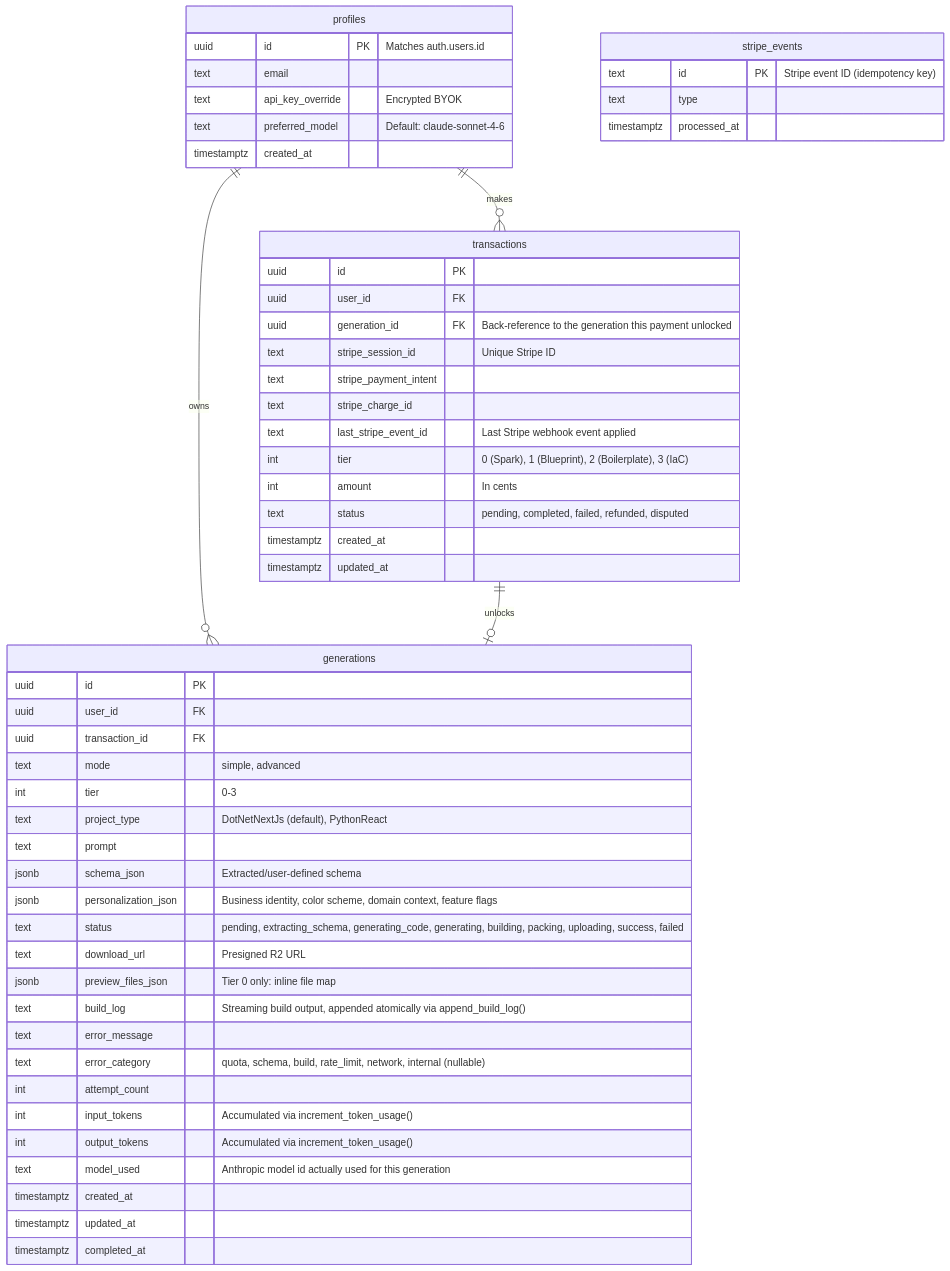
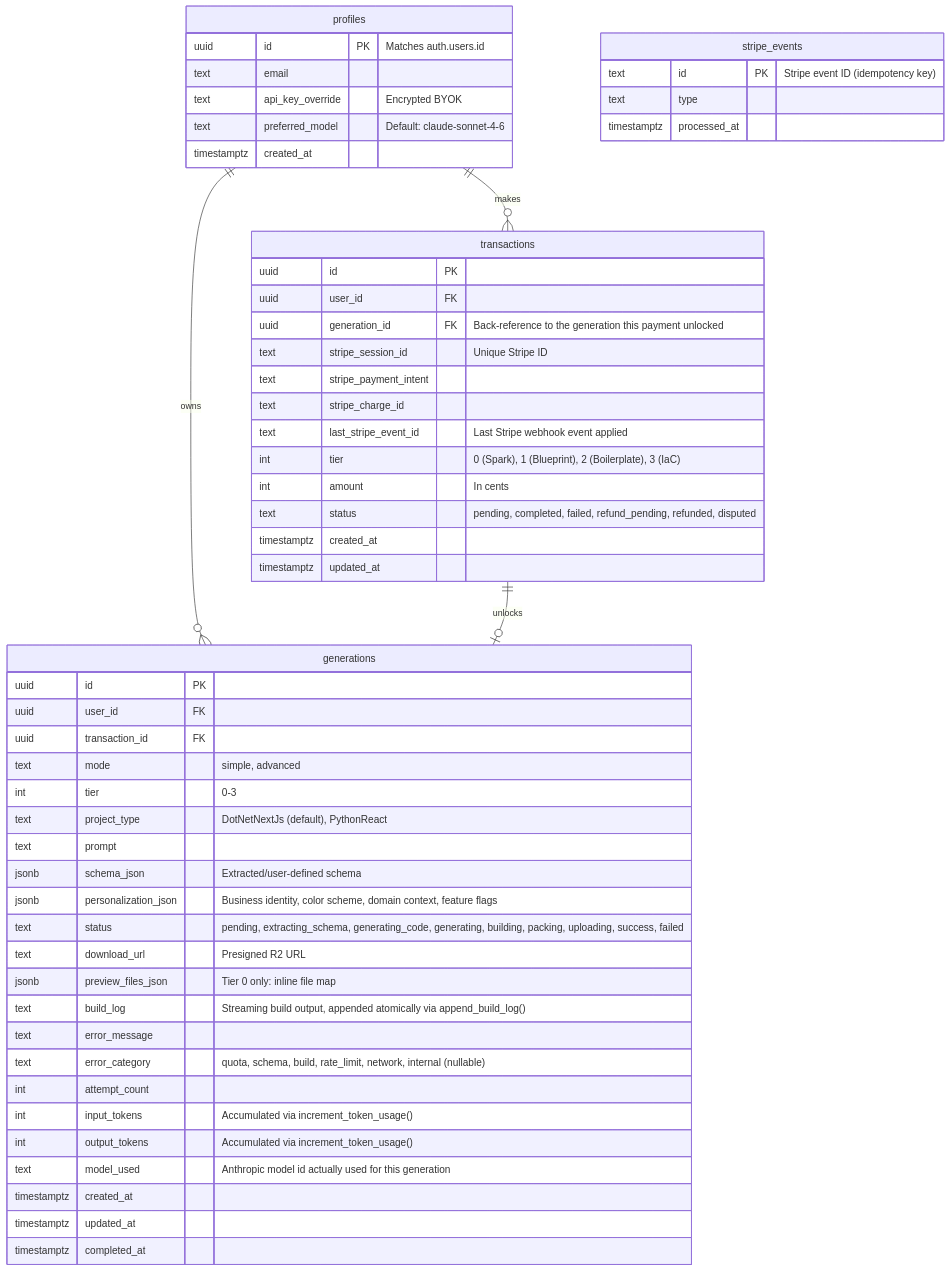
Before and after one commit to stevenfackley/StackAlchemist: the diagram in docs/architecture/Database ERD.md, drawn with Mermaid. The commit also changed other lines of this file and 12 other files, not shown here.

````diff
--- a/docs/architecture/Database ERD.md
+++ b/docs/architecture/Database ERD.md
@@ -7,62 +7,62 @@
 ```mermaid
 erDiagram
     %% Entities
     profiles {
         uuid id PK "Matches auth.users.id"
         text email
         text api_key_override "Encrypted BYOK"
         text preferred_model "Default: claude-sonnet-4-6"
         timestamptz created_at
     }
 
     transactions {
         uuid id PK
         uuid user_id FK
         uuid generation_id FK "Back-reference to the generation this payment unlocked"
         text stripe_session_id "Unique Stripe ID"
         text stripe_payment_intent
         text stripe_charge_id
         text last_stripe_event_id "Last Stripe webhook event applied"
         int tier "0 (Spark), 1 (Blueprint), 2 (Boilerplate), 3 (IaC)"
         int amount "In cents"
-        text status "pending, completed, failed, refunded, disputed"
+        text status "pending, completed, failed, refund_pending, refunded, disputed"
         timestamptz created_at
         timestamptz updated_at
     }
 
     generations {
         uuid id PK
         uuid user_id FK
         uuid transaction_id FK
         text mode "simple, advanced"
         int tier "0-3"
         text project_type "DotNetNextJs (default), PythonReact"
         text prompt
         jsonb schema_json "Extracted/user-defined schema"
         jsonb personalization_json "Business identity, color scheme, domain context, feature flags"
         text status "pending, extracting_schema, generating_code, generating, building, packing, uploading, success, failed"
         text download_url "Presigned R2 URL"
         jsonb preview_files_json "Tier 0 only: inline file map"
         text build_log "Streaming build output, appended atomically via append_build_log()"
         text error_message
         text error_category "quota, schema, build, rate_limit, network, internal (nullable)"
         int attempt_count
         int input_tokens "Accumulated via increment_token_usage()"
         int output_tokens "Accumulated via increment_token_usage()"
         text model_used "Anthropic model id actually used for this generation"
         timestamptz created_at
         timestamptz updated_at
         timestamptz completed_at
     }
 
     stripe_events {
         text id PK "Stripe event ID (idempotency key)"
         text type
         timestamptz processed_at
     }
 
     %% Relationships
     profiles ||--o{ transactions : "makes"
     profiles ||--o{ generations : "owns"
     transactions ||--o| generations : "unlocks"
 ```
````
